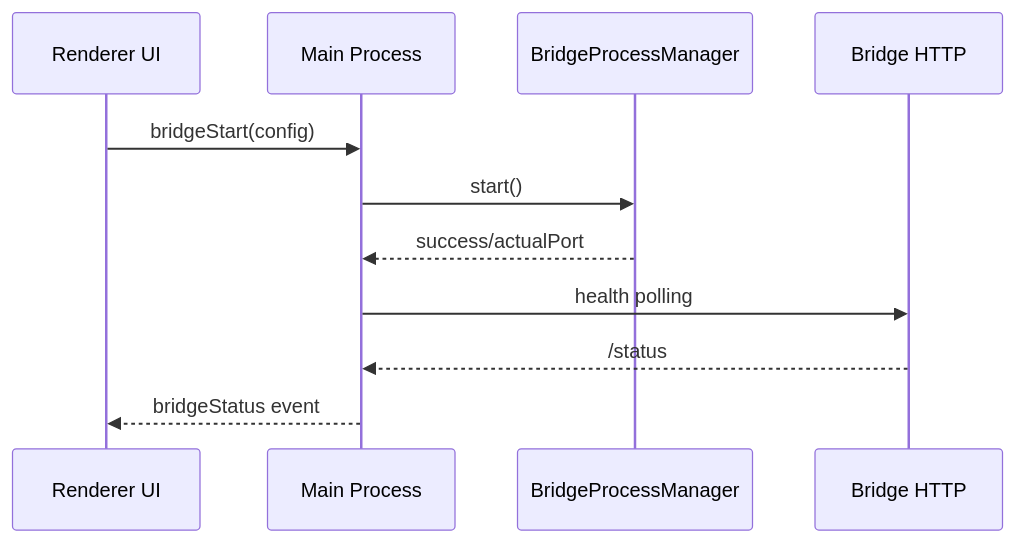
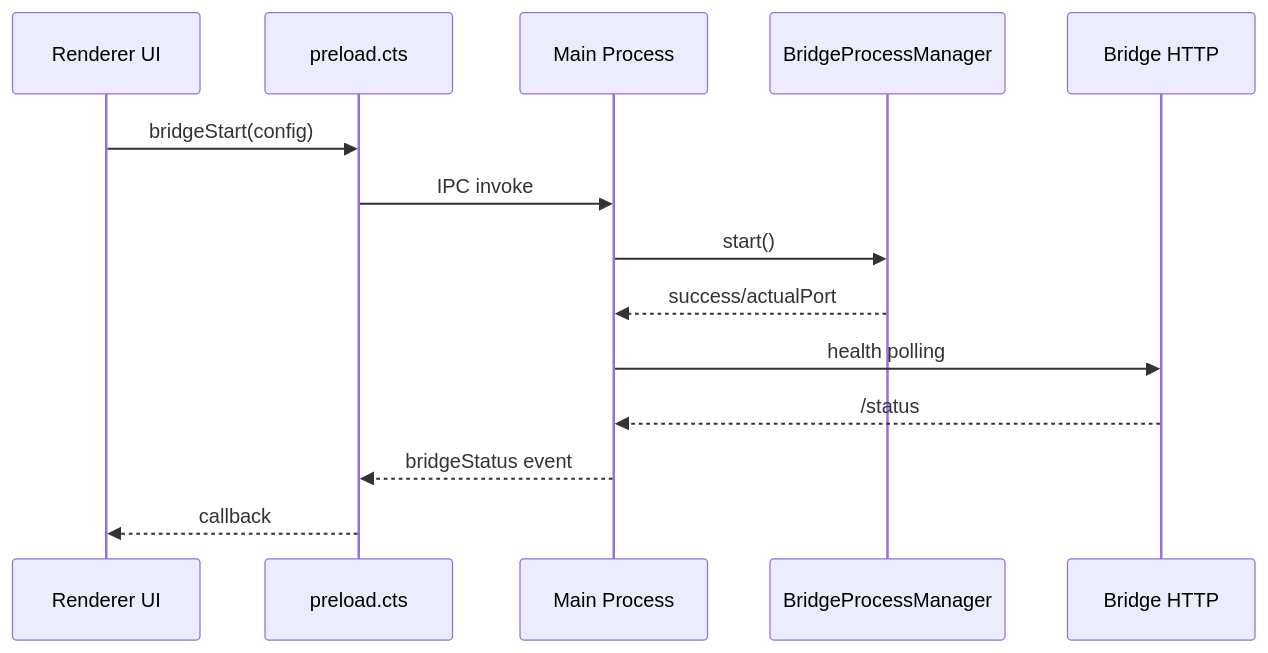
One commit to pivotrecruiting/broadify-bridge changed the diagram in docs/desktop/subsystems/main-process.md. Above: the diagram before and after it, drawn with Mermaid. The commit also changed other lines of this file and 12 other files, not shown here.

````diff
--- a/docs/desktop/subsystems/main-process.md
+++ b/docs/desktop/subsystems/main-process.md
@@ -30,14 +32,17 @@
 ```mermaid
 sequenceDiagram
   participant UI as Renderer UI
+  participant Preload as preload.cts
   participant Main as Main Process
   participant BPM as BridgeProcessManager
   participant Bridge as Bridge HTTP
 
-  UI->>Main: bridgeStart(config)
+  UI->>Preload: bridgeStart(config)
+  Preload->>Main: IPC invoke
   Main->>BPM: start()
   BPM-->>Main: success/actualPort
   Main->>Bridge: health polling
   Bridge-->>Main: /status
-  Main-->>UI: bridgeStatus event
+  Main-->>Preload: bridgeStatus event
+  Preload-->>UI: callback
 ```
````
